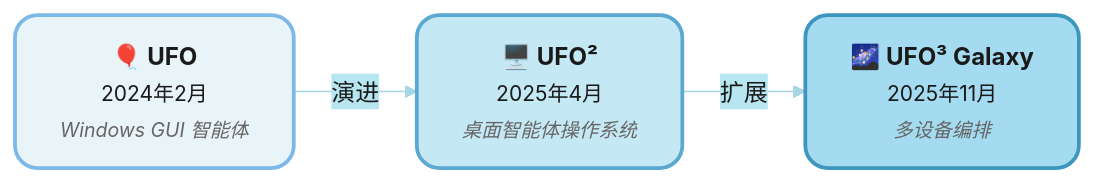
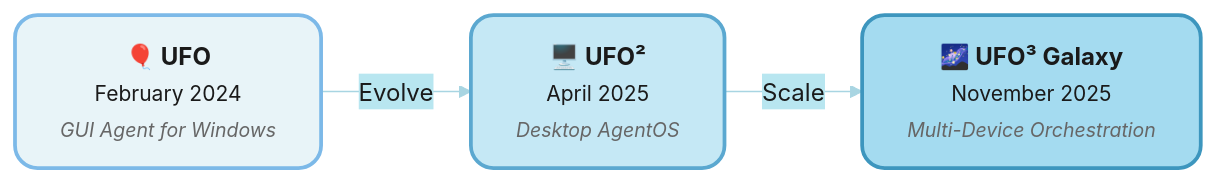
One commit to JoseAngelSolorzanoLuna/UFO changed the diagram in README_ZH.md. Above: the diagram before and after it, drawn with Mermaid. The commit also changed other lines of this file and 2 other files, not shown here.

````diff
--- a/README_ZH.md
+++ b/README_ZH.md
@@ -223,14 +297,14 @@
 ```mermaid
-%%{init: {'theme':'base', 'themeVariables': { 'primaryColor':'#E8F4F8','primaryTextColor':'#1A1A1A','primaryBorderColor':'#7CB9E8','lineColor':'#A8D5E2','secondaryColor':'#B8E6F0','tertiaryColor':'#D4F1F4','fontSize':'16px','fontFamily':'Microsoft YaHei, Segoe UI, Arial, sans-serif'}}}%%
+%%{init: {'theme':'base', 'themeVariables': { 'primaryColor':'#E8F4F8','primaryTextColor':'#1A1A1A','primaryBorderColor':'#7CB9E8','lineColor':'#A8D5E2','secondaryColor':'#B8E6F0','tertiaryColor':'#D4F1F4','fontSize':'16px','fontFamily':'Segoe UI, Arial, sans-serif'}}}%%
 graph LR
-    A["<b>🎈 UFO</b><br/><span style='font-size:14px'>2024年2月</span><br/><span style='font-size:13px; color:#666'><i>Windows GUI 智能体</i></span>"] 
-    B["<b>🖥️ UFO²</b><br/><span style='font-size:14px'>2025年4月</span><br/><span style='font-size:13px; color:#666'><i>桌面智能体操作系统</i></span>"]
-    C["<b>🌌 UFO³ Galaxy</b><br/><span style='font-size:14px'>2025年11月</span><br/><span style='font-size:13px; color:#666'><i>多设备编排</i></span>"]
+    A["<b>🎈 UFO</b><br/><span style='font-size:14px'>February 2024</span><br/><span style='font-size:13px; color:#666'><i>GUI Agent for Windows</i></span>"] 
+    B["<b>🖥️ UFO²</b><br/><span style='font-size:14px'>April 2025</span><br/><span style='font-size:13px; color:#666'><i>Desktop AgentOS</i></span>"]
+    C["<b>🌌 UFO³ Galaxy</b><br/><span style='font-size:14px'>November 2025</span><br/><span style='font-size:13px; color:#666'><i>Multi-Device Orchestration</i></span>"]
     
-    A -->|演进| B
-    B -->|扩展| C
+    A -->|Evolve| B
+    B -->|Scale| C
     
     style A fill:#E8F4F8,stroke:#7CB9E8,stroke-width:2.5px,color:#1A1A1A,rx:15,ry:15
     style B fill:#C5E8F5,stroke:#5BA8D0,stroke-width:2.5px,color:#1A1A1A,rx:15,ry:15
     style C fill:#A4DBF0,stroke:#3D96BE,stroke-width:2.5px,color:#1A1A1A,rx:15,ry:15
 ```
````
